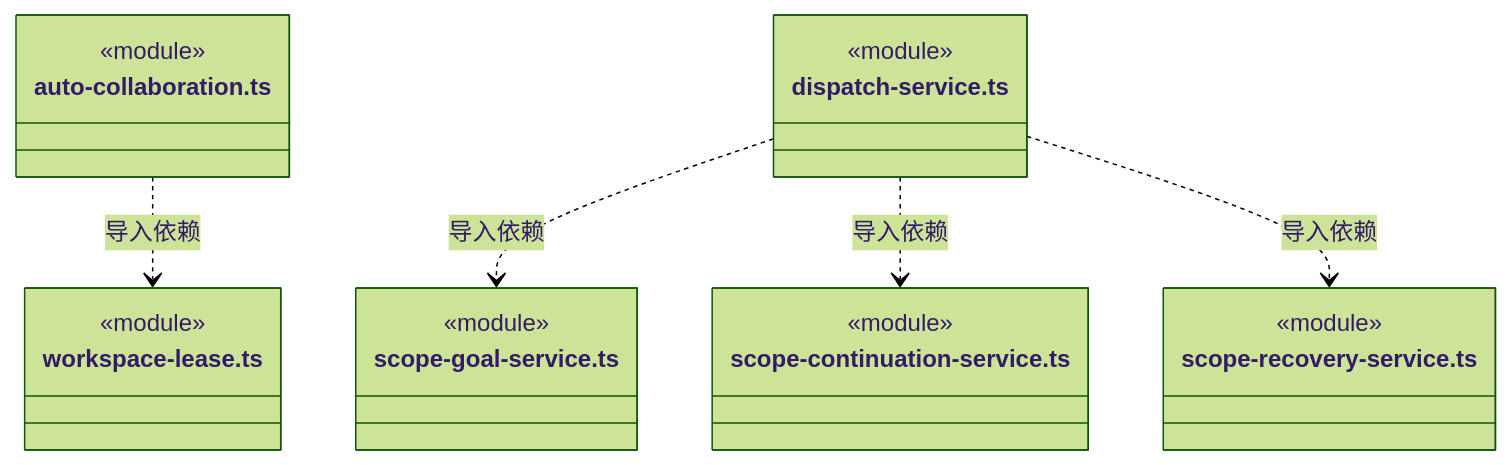
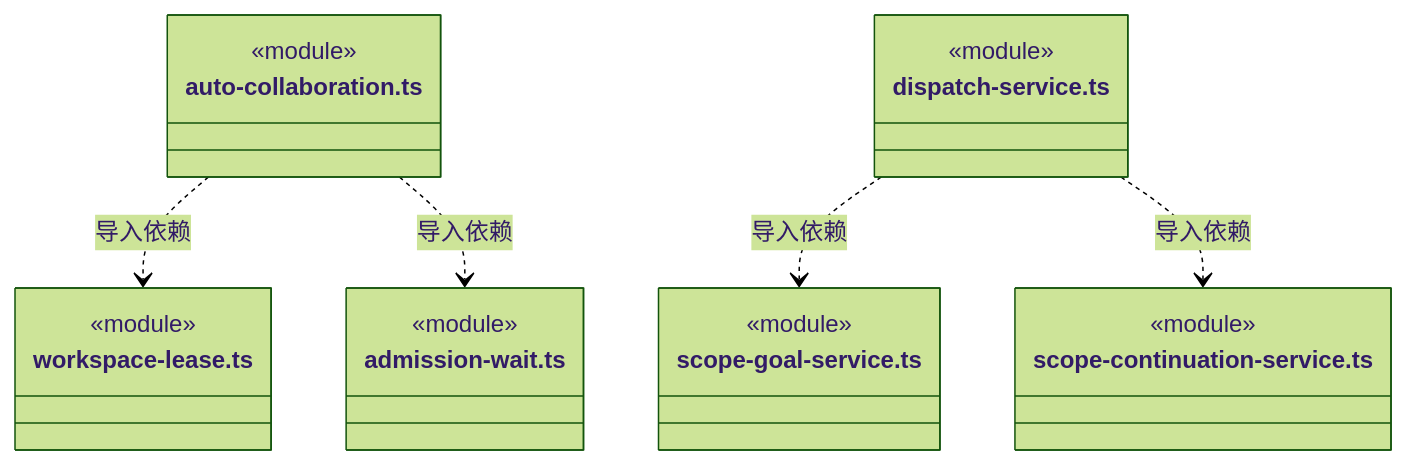
One commit to nan023062/cbim changed diagram 34 of 42 in src/backend/scheduler-engine/execution/ARCHITECTURE.md. Above: the diagram before and after it, drawn with Mermaid (forest theme). The commit also changed other lines of this file and 70 other files, not shown here.

````diff
--- a/src/backend/scheduler-engine/execution/ARCHITECTURE.md
+++ b/src/backend/scheduler-engine/execution/ARCHITECTURE.md
@@ -903,25 +940,25 @@
 ```mermaid
 classDiagram
 class N_src_backend_scheduler_engine_execution_auto_collaboration_ts["auto-collaboration.ts"] {
   <<module>>
 }
 class N_src_backend_scheduler_engine_execution_workspace_lease_ts["workspace-lease.ts"] {
+  <<module>>
+}
+class N_src_backend_scheduler_engine_execution_admission_wait_ts["admission-wait.ts"] {
   <<module>>
 }
 class N_src_backend_scheduler_engine_execution_dispatch_service_ts["dispatch-service.ts"] {
   <<module>>
 }
 class N_src_backend_scheduler_engine_execution_scope_goal_service_ts["scope-goal-service.ts"] {
   <<module>>
 }
 class N_src_backend_scheduler_engine_execution_scope_continuation_service_ts["scope-continuation-service.ts"] {
   <<module>>
 }
-class N_src_backend_scheduler_engine_execution_scope_recovery_service_ts["scope-recovery-service.ts"] {
-  <<module>>
-}
 N_src_backend_scheduler_engine_execution_auto_collaboration_ts ..> N_src_backend_scheduler_engine_execution_workspace_lease_ts : 导入依赖
+N_src_backend_scheduler_engine_execution_auto_collaboration_ts ..> N_src_backend_scheduler_engine_execution_admission_wait_ts : 导入依赖
 N_src_backend_scheduler_engine_execution_dispatch_service_ts ..> N_src_backend_scheduler_engine_execution_scope_goal_service_ts : 导入依赖
 N_src_backend_scheduler_engine_execution_dispatch_service_ts ..> N_src_backend_scheduler_engine_execution_scope_continuation_service_ts : 导入依赖
-N_src_backend_scheduler_engine_execution_dispatch_service_ts ..> N_src_backend_scheduler_engine_execution_scope_recovery_service_ts : 导入依赖
 ```
````
